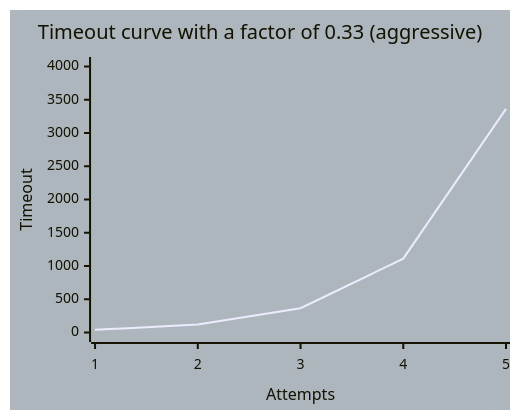
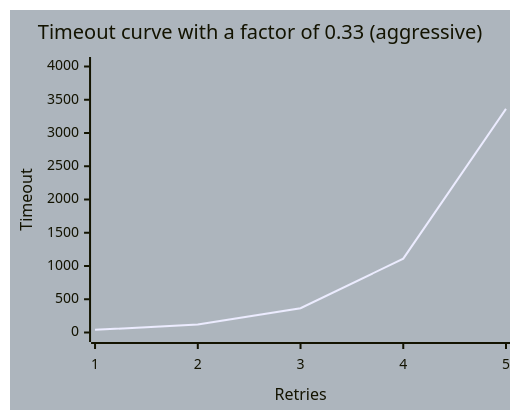
Before and after one commit to vngthb/tryaga: the second of 2 diagrams in README.md, drawn with Mermaid. The commit also changed other lines of this file and 1 other file, not shown here.

Commit message:
add function clause for no retries

````diff
--- a/README.md
+++ b/README.md
@@ -40,18 +54,18 @@
 ```mermaid
 ---
 config:
     xyChart:
         width: 500
         height: 400
     themeVariables:
         xyChart:
             backgroundColor: "#adb5bd"
 ---
 xychart-beta
 
     title "Timeout curve with a factor of 0.33 (aggressive)"
 
-    x-axis "Attempts" [1, 2, 3, 4, 5]
+    x-axis "Retries" [1, 2, 3, 4, 5]
     y-axis "Timeout" 0 --> 4000
     line [40, 121, 366, 1110, 3363]
 ```
````
